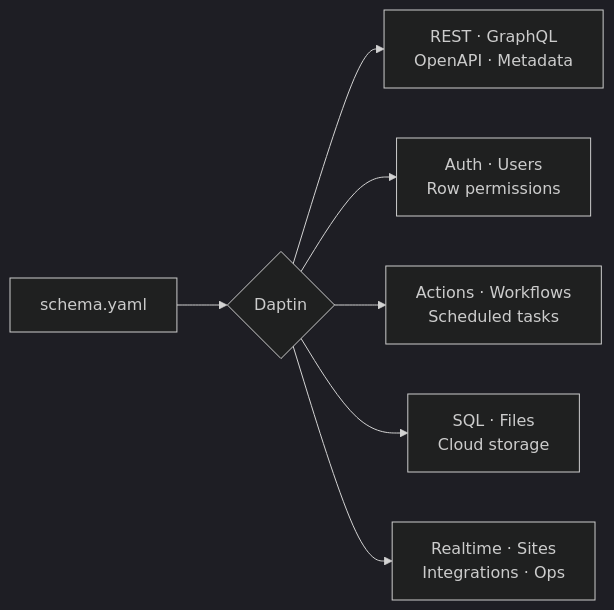
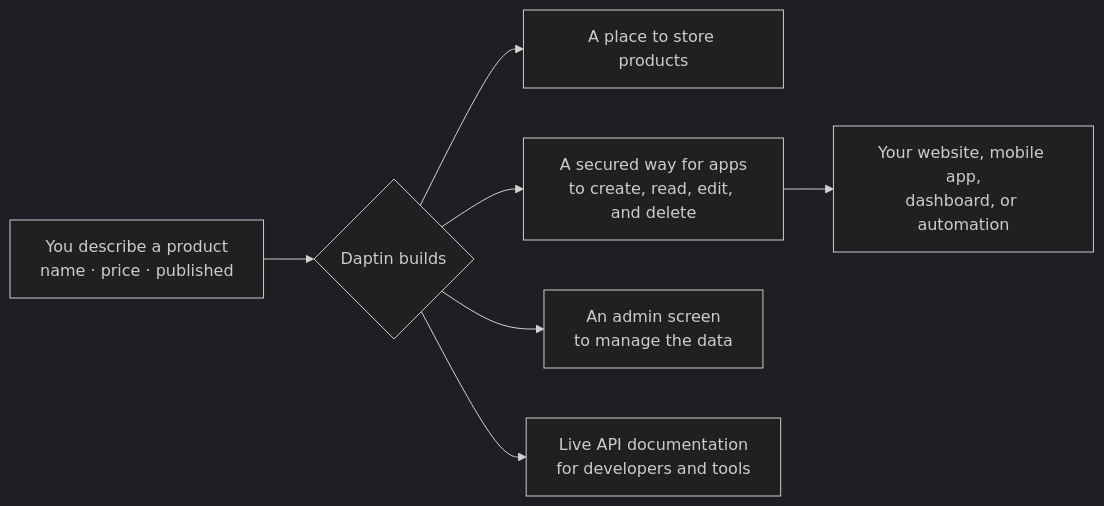
The third of 4 diagrams in README.md (daptin/daptin), drawn with Mermaid (dark theme) before and after one commit. The commit also changed other lines of this file, not shown here.

Commit message:
docs: explain Daptin workflows visually

````diff
--- a/README.md
+++ b/README.md
@@ -22,9 +122,10 @@
 ```mermaid
 flowchart LR
-    A["schema.yaml"] --> D{"Daptin"}
-    D --> API["REST · GraphQL<br/>OpenAPI · Metadata"]
-    D --> SEC["Auth · Users<br/>Row permissions"]
-    D --> LOGIC["Actions · Workflows<br/>Scheduled tasks"]
-    D --> DATA["SQL · Files<br/>Cloud storage"]
-    D --> RUN["Realtime · Sites<br/>Integrations · Ops"]
+    S["You describe a product<br/>name · price · published"] --> D{"Daptin builds"}
+    D --> STORE["A place to store products"]
+    D --> API["A secured way for apps<br/>to create, read, edit, and delete"]
+    D --> ADMIN["An admin screen<br/>to manage the data"]
+    D --> DOCS["Live API documentation<br/>for developers and tools"]
+
+    API --> USE["Your website, mobile app,<br/>dashboard, or automation"]
 ```
````
